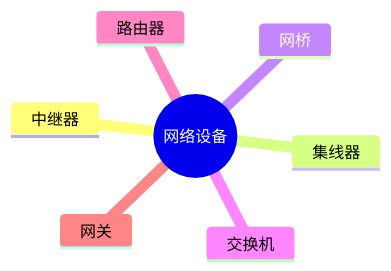
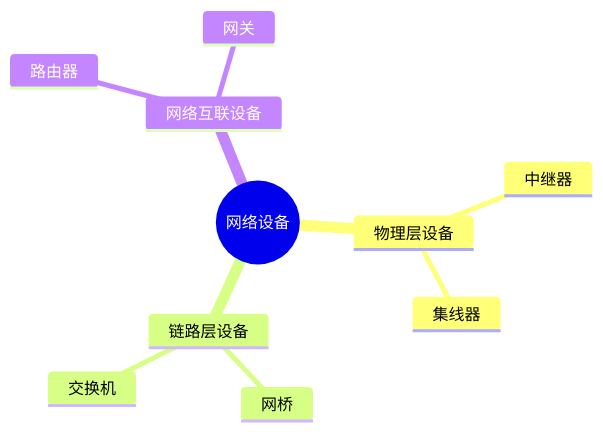
Before and after one commit to skylonely/sgao-website: the first of 2 diagrams in docs/ruankao/system-architect/chapters/chapter-05/06-network-devices.md, drawn with Mermaid. The commit also changed other lines of this file and 39 other files, not shown here.

Commit message:
fix: Mermaid 思维导图

````diff
--- a/docs/ruankao/system-architect/chapters/chapter-05/06-network-devices.md
+++ b/docs/ruankao/system-architect/chapters/chapter-05/06-network-devices.md
@@ -28,10 +28,13 @@
 ```mermaid
 mindmap
   root((网络设备))
-    中继器
-    集线器
-    网桥
-    交换机
-    路由器
-    网关
+    物理层设备
+      中继器
+      集线器
+    链路层设备
+      网桥
+      交换机
+    网络互联设备
+      路由器
+      网关
 ```
````
